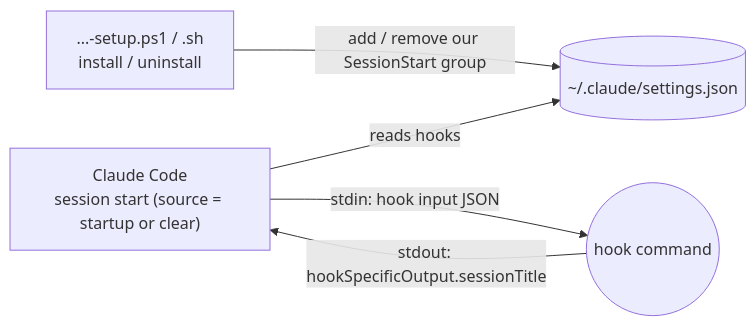
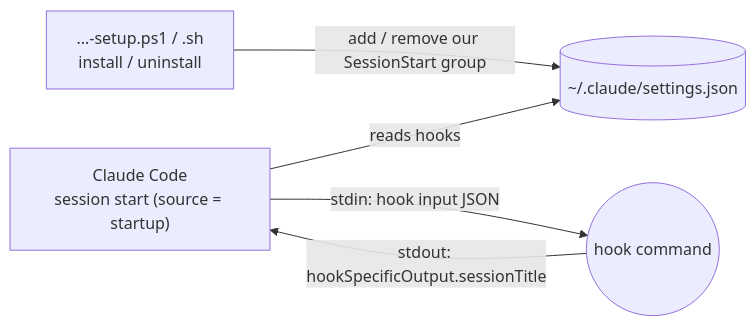
Before and after one commit to cheneeheng/claude-code-command-center: the first of 4 diagrams in tools/session-name-date-prefixer/product/ARCHITECTURE.md, drawn with Mermaid. The commit also changed other lines of this file and 7 other files, not shown here.

First line of the commit message:
fix(session-name-date-prefixer): run the hook on startup only

````diff
--- a/tools/session-name-date-prefixer/product/ARCHITECTURE.md
+++ b/tools/session-name-date-prefixer/product/ARCHITECTURE.md
@@ -12,7 +12,7 @@
 ```mermaid
 flowchart LR
     setup["...-setup.ps1 / .sh<br/>install / uninstall"] -->|"add / remove our SessionStart group"| settings[("~/.claude/settings.json")]
-    cc["Claude Code<br/>session start (source = startup or clear)"] -->|reads hooks| settings
+    cc["Claude Code<br/>session start (source = startup)"] -->|reads hooks| settings
     cc -->|"stdin: hook input JSON"| hook(("hook command"))
     hook -->|"stdout: hookSpecificOutput.sessionTitle"| cc
 ```
````
